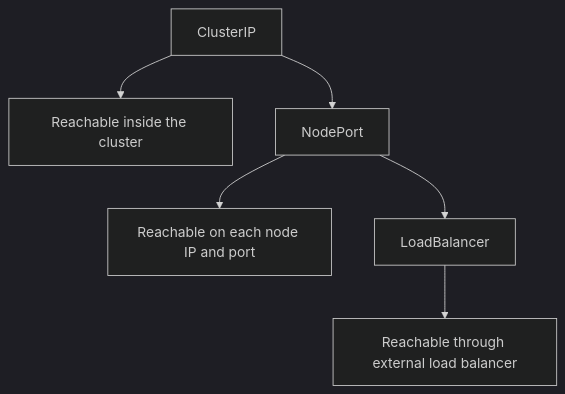
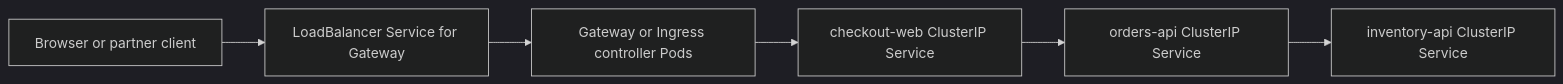
Before and after one commit to senlinyy/dev-roadmaps: the first of 2 diagrams in containers-orchestration/kubernetes/networking/clusterip-nodeport-loadbalancer.md, drawn with Mermaid (dark theme). The commit also changed other lines of this file and 260 other files, not shown here.

````diff
--- a/containers-orchestration/kubernetes/networking/clusterip-nodeport-loadbalancer.md
+++ b/containers-orchestration/kubernetes/networking/clusterip-nodeport-loadbalancer.md
@@ -36,8 +242,8 @@
 ```mermaid
-flowchart TD
-    A[ClusterIP] --> B[Reachable inside the cluster]
-    A --> C[NodePort]
-    C --> D[Reachable on each node IP and port]
-    C --> E[LoadBalancer]
-    E --> F[Reachable through external load balancer]
+flowchart LR
+    Client[Browser or partner client] --> LB[LoadBalancer Service for Gateway]
+    LB --> Gateway[Gateway or Ingress controller Pods]
+    Gateway --> Checkout[checkout-web ClusterIP Service]
+    Checkout --> Orders[orders-api ClusterIP Service]
+    Orders --> Inventory[inventory-api ClusterIP Service]
 ```
````
